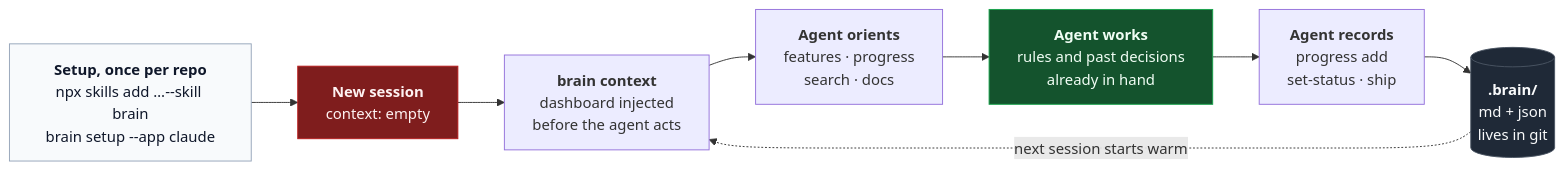
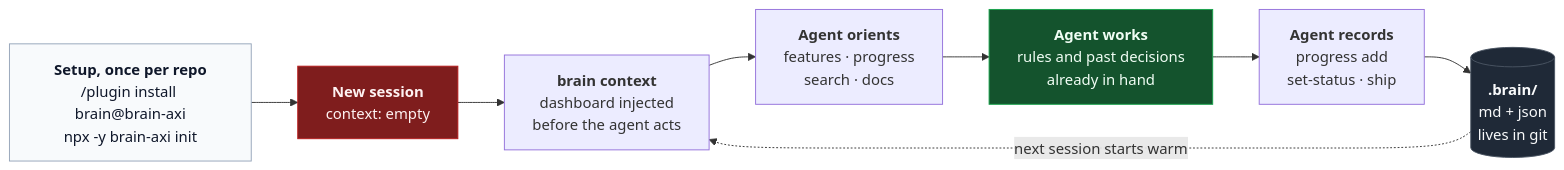
Before and after one commit to SeanningTatum/brain-axi: the diagram in README.md, drawn with Mermaid. The commit also changed other lines of this file and 19 other files, not shown here.

First line of the commit message:
feat(plugin): ship brain as a Claude Code plugin

````diff
--- a/README.md
+++ b/README.md
@@ -39,19 +39,19 @@
 ```mermaid
 flowchart LR
-    I["<b>Setup, once per repo</b><br/>npx skills add …--skill brain<br/>brain setup --app claude"]
+    I["<b>Setup, once per repo</b><br/>/plugin install brain@brain-axi<br/>npx -y brain-axi init"]
 
     I --> S
 
     S["<b>New session</b><br/>context: empty"]
     S --> H["<b>brain context</b><br/>dashboard injected<br/>before the agent acts"]
     H --> R["<b>Agent orients</b><br/>features · progress<br/>search · docs"]
     R --> W["<b>Agent works</b><br/>rules and past decisions<br/>already in hand"]
     W --> C["<b>Agent records</b><br/>progress add<br/>set-status · ship"]
     C --> B[("<b>.brain/</b><br/>md + json<br/>lives in git")]
     B -.->|"next session starts warm"| H
 
     style I fill:#f8fafc,stroke:#94a3b8,color:#0f172a
     style S fill:#7f1d1d,stroke:#b91c1c,color:#fef2f2
     style W fill:#14532d,stroke:#16a34a,color:#f0fdf4
     style B fill:#1f2937,stroke:#4b5563,color:#f9fafb
 ```
````
